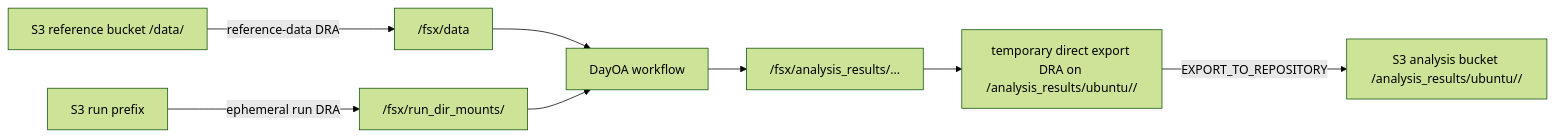
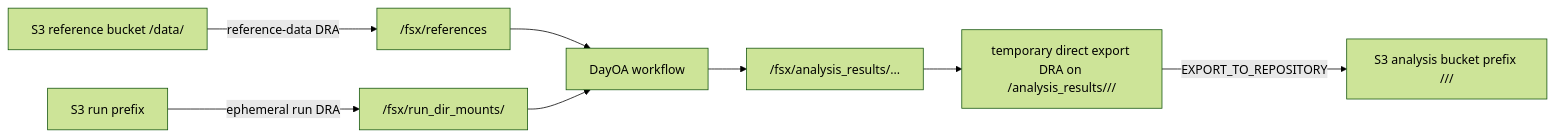
The diagram in README.md (Daylily-Informatics/daylily-ephemeral-cluster), drawn with Mermaid (forest theme) before and after one commit. The commit also changed other lines of this file and 557 other files, not shown here.

First line of the commit message:
Implement one-DRA bucket contract (#255)

````diff
--- a/README.md
+++ b/README.md
@@ -120,10 +129,10 @@
 ```mermaid
 flowchart LR
-  Ref["S3 reference bucket /data/"] -->|reference-data DRA| Data["/fsx/data"]
+  Ref["S3 reference bucket /data/"] -->|reference-data DRA| Data["/fsx/references"]
   Run["S3 run prefix"] -->|ephemeral run DRA| Mount["/fsx/run_dir_mounts/<mount_id>"]
   Data --> Workflow["DayOA workflow"]
   Mount --> Workflow
   Workflow --> Results["/fsx/analysis_results/..."]
-  Results --> Export["temporary direct export DRA on /analysis_results/ubuntu/<analysis_dir>/"]
-  Export -->|EXPORT_TO_REPOSITORY| Analysis["S3 analysis bucket /analysis_results/ubuntu/<analysis_dir>/"]
+  Results --> Export["temporary direct export DRA on /analysis_results/<executing_entity>/<analysis_id>/"]
+  Export -->|EXPORT_TO_REPOSITORY| Analysis["S3 analysis bucket prefix /<executing_entity>/<analysis_id>/"]
 ```
````
